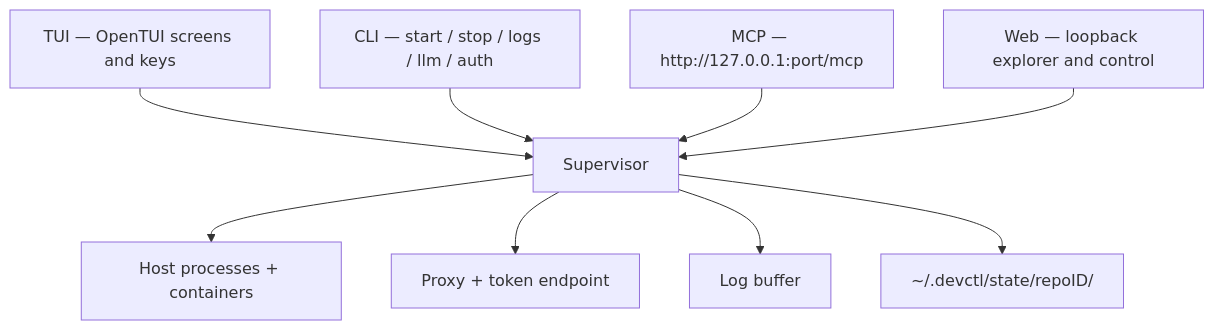
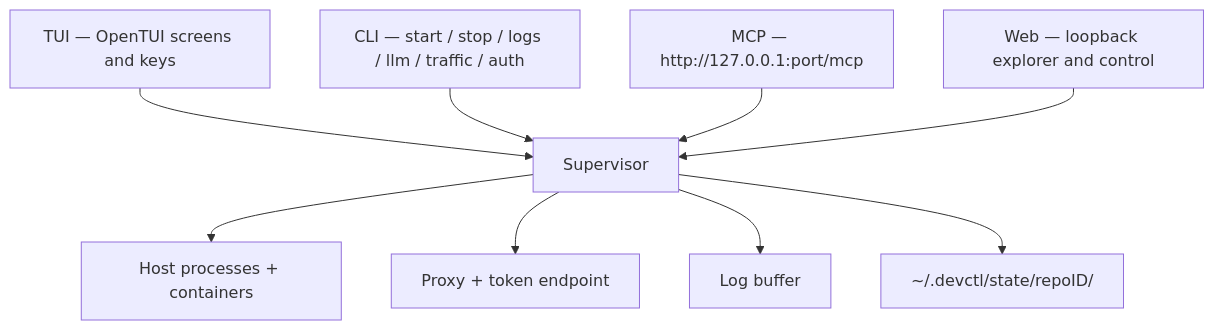
Before and after one commit to amr-m-abdelgawad/devctl: the first of 2 diagrams in docs/overview.md, drawn with Mermaid. The commit also changed 113 other files, not shown here.

````diff
--- a/docs/overview.md
+++ b/docs/overview.md
@@ -5,18 +5,18 @@
 ```mermaid
 flowchart TB
   tui["TUI — OpenTUI screens and keys"]
-  cli["CLI — start / stop / logs / llm / auth"]
+  cli["CLI — start / stop / logs / llm / traffic / auth"]
   mcp["MCP — http://127.0.0.1:port/mcp"]
   web["Web — loopback explorer and control"]
   sup["Supervisor"]
   disk["~/.devctl/state/repoID/"]
 
   tui --> sup
   cli --> sup
   mcp --> sup
   web --> sup
   sup --> runtime["Host processes + containers"]
   sup --> proxy["Proxy + token endpoint"]
   sup --> logs["Log buffer"]
   sup --> disk
 ```
````
